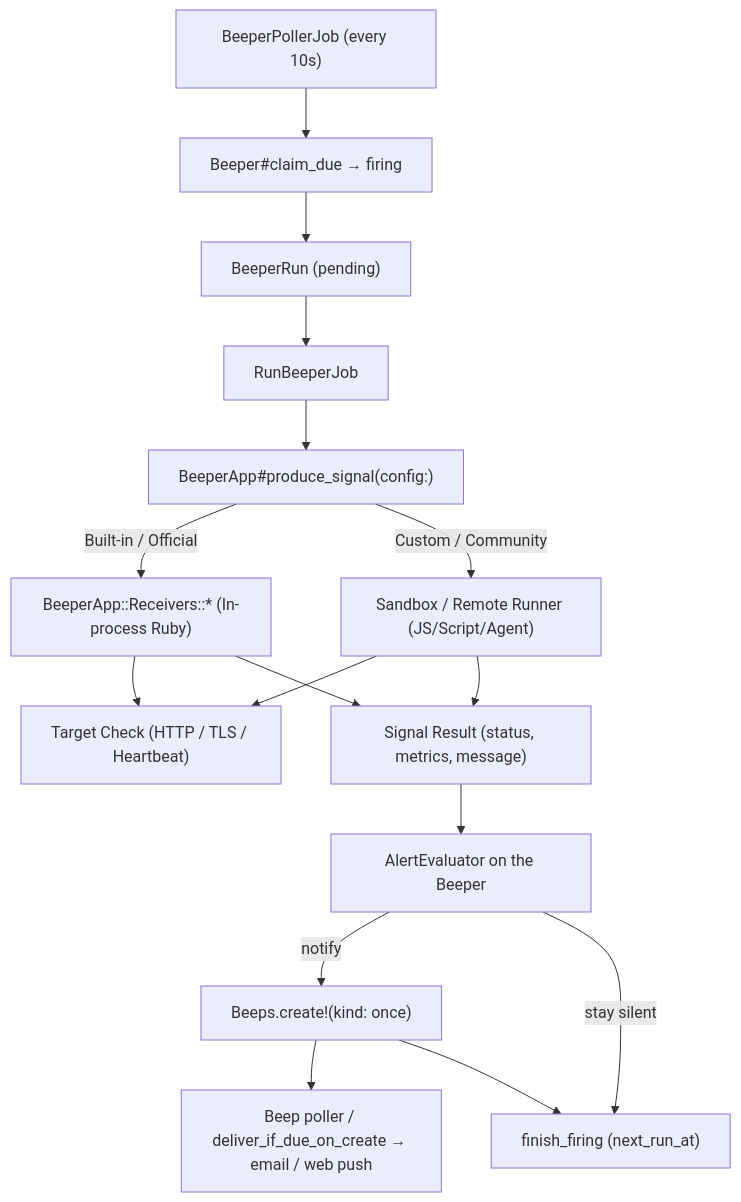
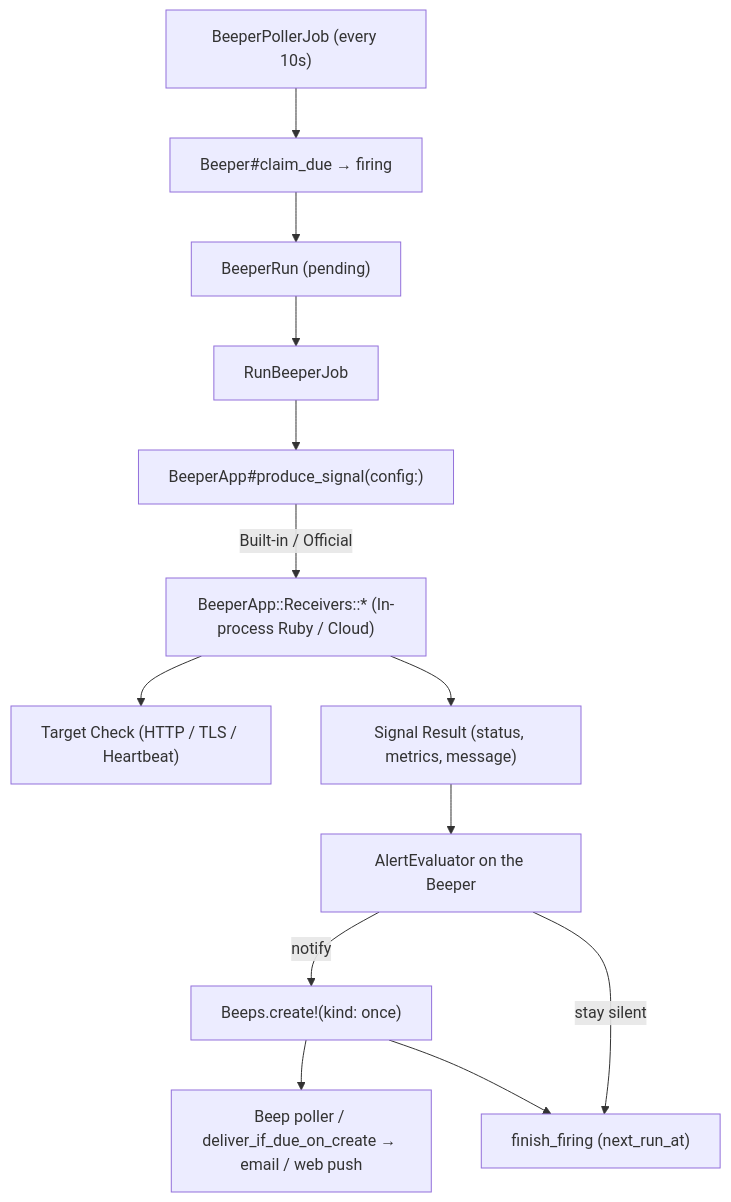
One commit to yuler/beep changed the diagram in docs/architecture/beeper.md. Above: the diagram before and after it, drawn with Mermaid. The commit also changed other lines of this file and 131 other files, not shown here.

Commit message:
✨ [cli] Add Self-hosted Runner architecture, unified beep CLI, Web UI and Core APIs (#38)

````diff
--- a/docs/architecture/beeper.md
+++ b/docs/architecture/beeper.md
@@ -7,18 +7,15 @@
 ```mermaid
 flowchart TD
   Poller["BeeperPollerJob (every 10s)"] --> Claim["Beeper#claim_due → firing"]
   Claim --> Run["BeeperRun (pending)"]
   Run --> Job["RunBeeperJob"]
   Job --> Produce["BeeperApp#produce_signal(config:)"]
-  Produce -->|Built-in / Official| Native["BeeperApp::Receivers::* (In-process Ruby)"]
-  Produce -->|Custom / Community| Sandbox["Sandbox / Remote Runner (JS/Script/Agent)"]
+  Produce -->|Built-in / Official| Native["BeeperApp::Receivers::* (In-process Ruby / Cloud)"]
   Native --> Target["Target Check (HTTP / TLS / Heartbeat)"]
-  Sandbox --> Target
   Native --> Signal["Signal Result (status, metrics, message)"]
-  Sandbox --> Signal
   Signal --> Eval["AlertEvaluator on the Beeper"]
   Eval -->|notify| Create["Beeps.create!(kind: once)"]
   Eval -->|stay silent| Finish["finish_firing (next_run_at)"]
   Create --> Deliver["Beep poller / deliver_if_due_on_create → email / web push"]
   Create --> Finish
 ```
````
